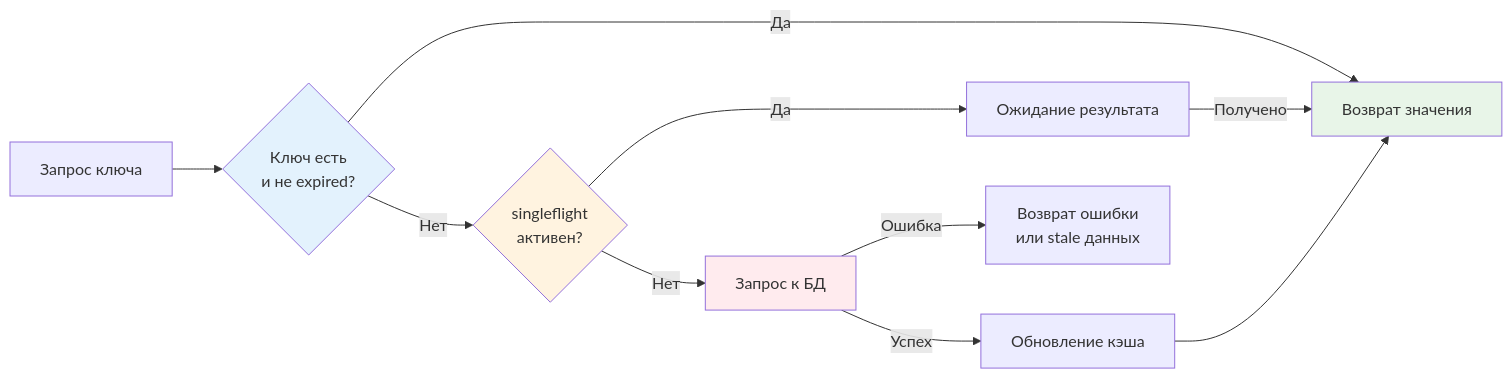
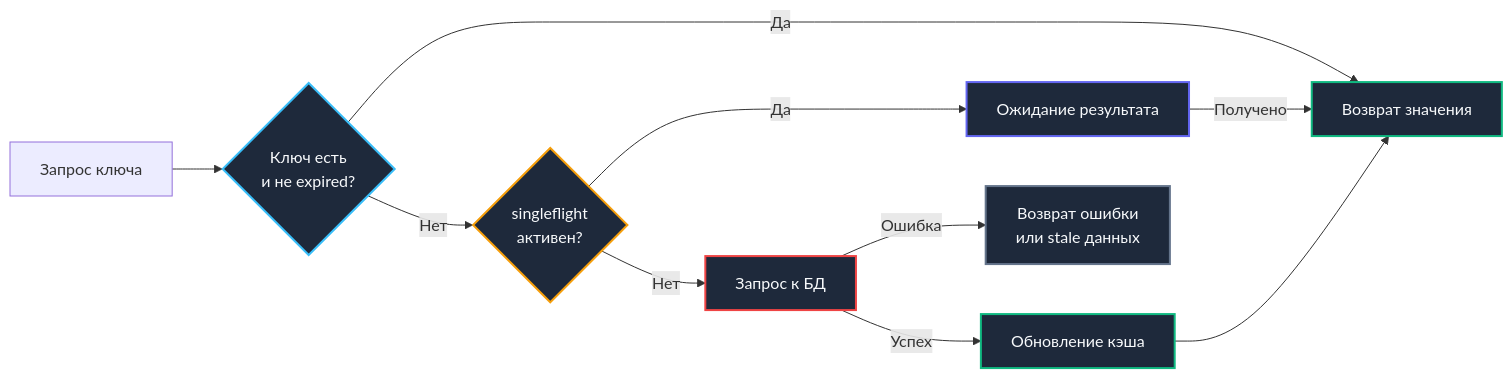
One commit to UnrealTemplier/go-textbook changed the second of 2 diagrams in sources/20. Алгоритмы и структуры данных (DSA) на Go/14. Практические паттерны/1. Проектирование кэшей.md. Above: the diagram before and after it, drawn with Mermaid. The commit also changed other lines of this file, not shown here.

````diff
--- a/sources/20. Алгоритмы и структуры данных (DSA) на Go/14. Практические паттерны/1. Проектирование кэшей.md
+++ b/sources/20. Алгоритмы и структуры данных (DSA) на Go/14. Практические паттерны/1. Проектирование кэшей.md
@@ -118,17 +146,20 @@
 ```mermaid
 flowchart LR
-    Req["Запрос ключа"] --> Check{"Ключ есть<br>и не expired?"}
+    Req["Запрос ключа"] --> Check{"Ключ есть<br/>и не expired?"}
     Check -->|Да| Ret["Возврат значения"]
-    Check -->|Нет| Single{"singleflight<br>активен?"}
+    Check -->|Нет| Single{"singleflight<br/>активен?"}
     Single -->|Да| Wait["Ожидание результата"]
     Single -->|Нет| Fetch["Запрос к БД"]
     Fetch -->|Успех| Set["Обновление кэша"]
-    Fetch -->|Ошибка| Fallback["Возврат ошибки<br>или stale данных"]
+    Fetch -->|Ошибка| Fallback["Возврат ошибки<br/>или stale данных"]
     Wait -->|Получено| Ret
     Set --> Ret
     
-    style Check fill:#e3f2fd
-    style Single fill:#fff3e0
-    style Fetch fill:#ffebee
-    style Ret fill:#e8f5e8
+    style Check fill:#1e293b,stroke:#38bdf8,stroke-width:2px,color:#f8fafc
+    style Single fill:#1e293b,stroke:#f59e0b,stroke-width:2px,color:#f8fafc
+    style Fetch fill:#1e293b,stroke:#ef4444,stroke-width:2px,color:#f8fafc
+    style Ret fill:#1e293b,stroke:#10b981,stroke-width:2px,color:#f8fafc
+    style Set fill:#1e293b,stroke:#10b981,stroke-width:2px,color:#f8fafc
+    style Wait fill:#1e293b,stroke:#6366f1,stroke-width:2px,color:#f8fafc
+    style Fallback fill:#1e293b,stroke:#64748b,stroke-width:2px,color:#f8fafc
 ```
````
